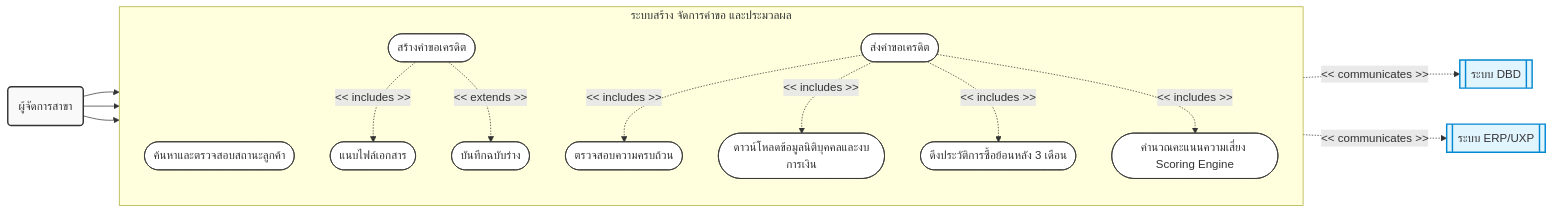
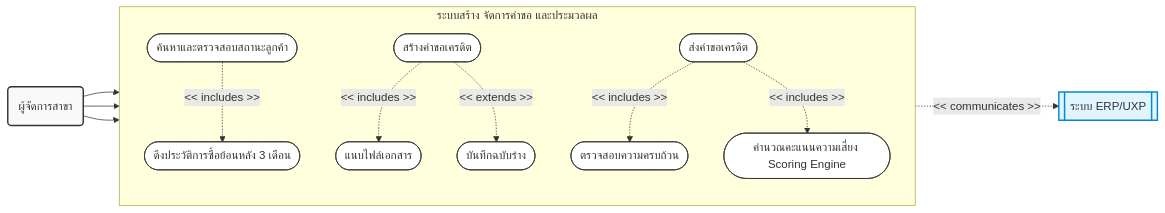
The third of 6 diagrams in docs/presentations/use_case_diagram.md (JinnawatJid/iNsightDocs), drawn with Mermaid before and after one commit. The commit also changed other lines of this file, not shown here.

Commit message:
docs: finalize use case descriptions

````diff
--- a/docs/presentations/use_case_diagram.md
+++ b/docs/presentations/use_case_diagram.md
@@ -117,39 +113,34 @@
 ```mermaid
 flowchart LR
     classDef actorStyle fill:#f9f9f9,stroke:#333,stroke-width:2px;
     classDef systemStyle fill:#e1f5fe,stroke:#0288d1,stroke-width:2px;
     classDef useCaseStyle fill:#fff,stroke:#333,stroke-width:1px;
 
     BM(ผู้จัดการสาขา):::actorStyle
-    DBD[[ระบบ DBD]]:::systemStyle
     ERP[[ระบบ ERP/UXP]]:::systemStyle
 
     subgraph ReqSystem [ระบบสร้าง จัดการคำขอ และประมวลผล]
         direction TB
         UC1([ค้นหาและตรวจสอบสถานะลูกค้า]):::useCaseStyle
+        UC8([ดึงประวัติการซื้อย้อนหลัง 3 เดือน]):::useCaseStyle
         UC2([สร้างคำขอเครดิต]):::useCaseStyle
         UC3([แนบไฟล์เอกสาร]):::useCaseStyle
         UC4([บันทึกฉบับร่าง]):::useCaseStyle
         UC5([ส่งคำขอเครดิต]):::useCaseStyle
         UC6([ตรวจสอบความครบถ้วน]):::useCaseStyle
-        UC7([ดาวน์โหลดข้อมูลนิติบุคคลและงบการเงิน]):::useCaseStyle
-        UC8([ดึงประวัติการซื้อย้อนหลัง 3 เดือน]):::useCaseStyle
         UC9([คำนวณคะแนนความเสี่ยง Scoring Engine]):::useCaseStyle
     end
 
     BM --> UC1
     BM --> UC2
     BM --> UC5
 
+    UC1 -. "<< includes >>" .-> UC8
+    UC8 -. "<< communicates >>" .-> ERP
+
     UC2 -. "<< includes >>" .-> UC3
     UC2 -. "<< extends >>" .-> UC4
 
-    %% Automated process triggered by submission
     UC5 -. "<< includes >>" .-> UC6
-    UC5 -. "<< includes >>" .-> UC7
-    UC5 -. "<< includes >>" .-> UC8
     UC5 -. "<< includes >>" .-> UC9
-
-    UC7 -. "<< communicates >>" .-> DBD
-    UC8 -. "<< communicates >>" .-> ERP
 ```
````
